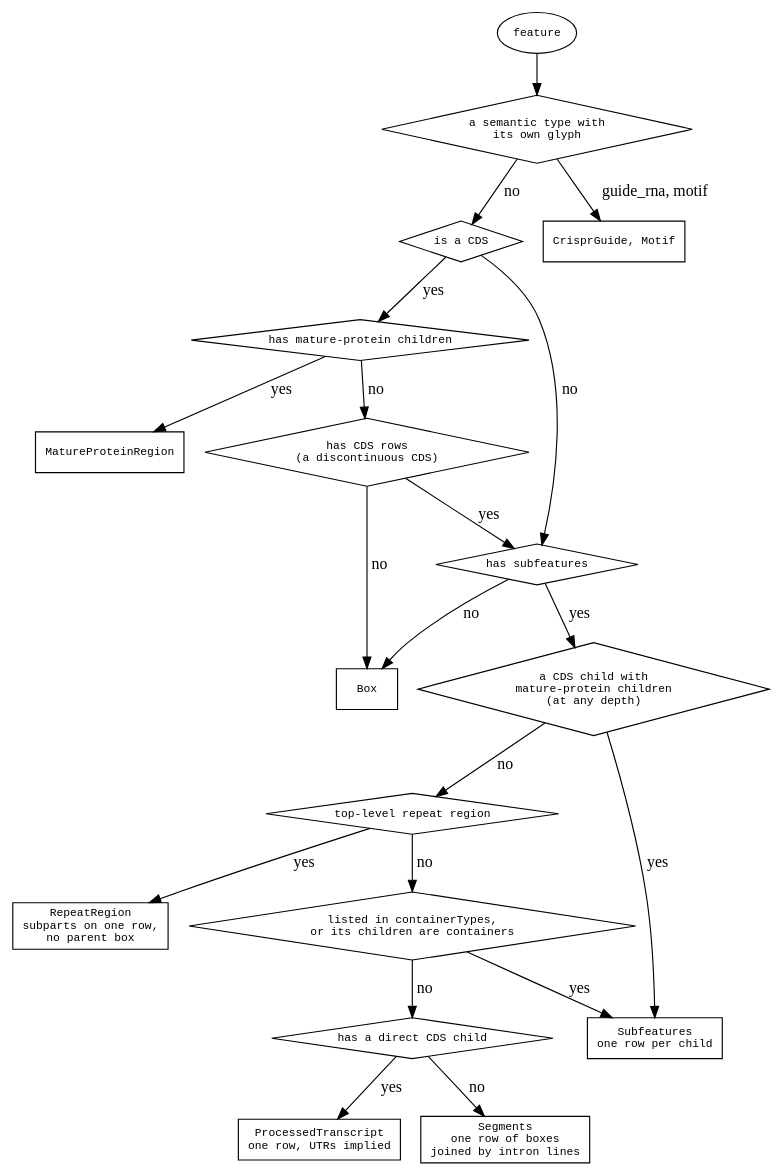
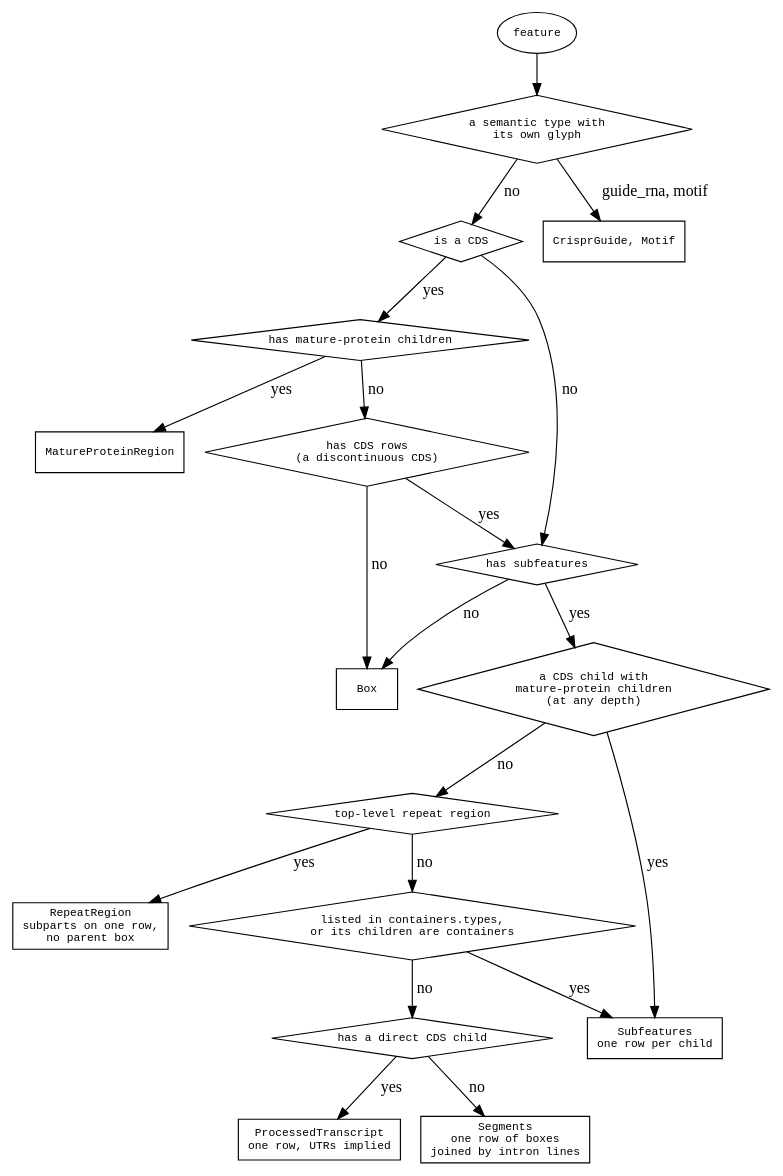
One commit to GMOD/jbrowse-components changed the diagram in agent-docs/reference/diagrams/feature-glyph.dot. Above: the diagram before and after it, drawn with Graphviz. The commit also changed 13 other files, not shown here.

```diff
--- a/agent-docs/reference/diagrams/feature-glyph.dot
+++ b/agent-docs/reference/diagrams/feature-glyph.dot
@@ -1,48 +1,48 @@
 digraph feature_glyph {
   rankdir=TB
   node [shape=box fontname=monospace fontsize=10]
   { node [shape=diamond] semantic; cds; mature; cdsrows; kids; cleaved; repeat; container; coding }
 
   f [label="feature", shape=oval]
   f -> semantic
   semantic [label="a semantic type with\nits own glyph"]
   semantic -> typed [label=" guide_rna, motif"]
   semantic -> cds   [label=" no"]
   typed [label="CrisprGuide, Motif"]
 
   cds [label="is a CDS"]
   cds -> mature [label=" yes"]
   cds -> kids   [label=" no"]
   mature [label="has mature-protein children"]
   mature -> matureglyph [label=" yes"]
   mature -> cdsrows     [label=" no"]
   cdsrows [label="has CDS rows\n(a discontinuous CDS)"]
   cdsrows -> box  [label=" no"]
   cdsrows -> kids [label=" yes"]
   matureglyph [label="MatureProteinRegion"]
 
   kids [label="has subfeatures"]
   kids -> box     [label=" no"]
   kids -> cleaved [label=" yes"]
   box [label="Box"]
 
   cleaved [label="a CDS child with\nmature-protein children\n(at any depth)"]
   cleaved -> stack  [label=" yes"]
   cleaved -> repeat [label=" no"]
   stack [label="Subfeatures\none row per child"]
 
   repeat [label="top-level repeat region"]
   repeat -> repeatglyph [label=" yes"]
   repeat -> container   [label=" no"]
   repeatglyph [label="RepeatRegion\nsubparts on one row,\nno parent box"]
 
-  container [label="listed in containerTypes,\nor its children are containers"]
+  container [label="listed in containers.types,\nor its children are containers"]
   container -> stack  [label=" yes"]
   container -> coding [label=" no"]
 
   coding [label="has a direct CDS child"]
   coding -> processed [label=" yes"]
   coding -> segments  [label=" no"]
   processed [label="ProcessedTranscript\none row, UTRs implied"]
   segments  [label="Segments\none row of boxes\njoined by intron lines"]
 }
```
